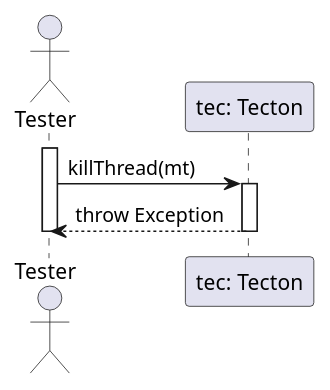
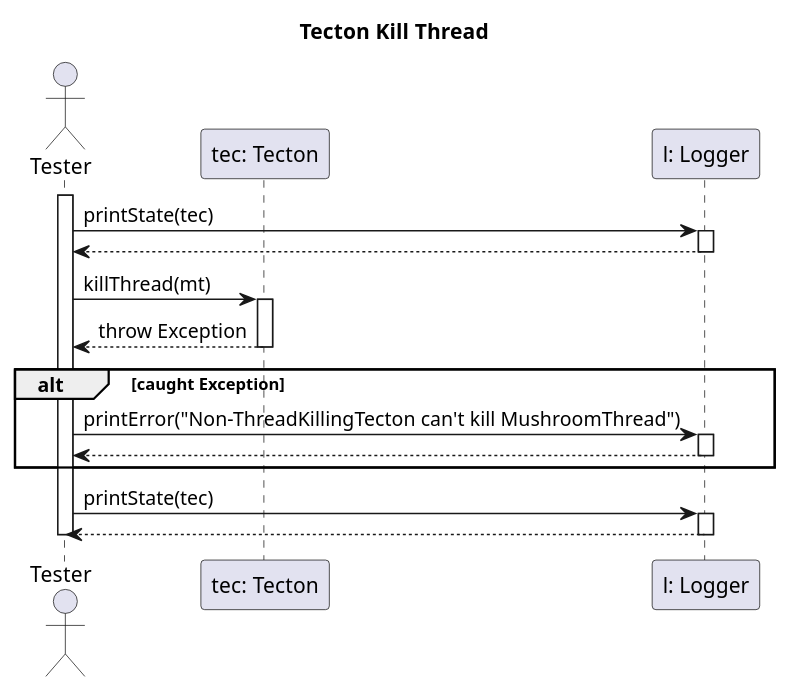
Before and after one commit to dzsem/projlab: the diagram in diagrams/test-sequence/tectonKillThread.puml, drawn with PlantUML.

```diff
--- a/diagrams/test-sequence/tectonKillThread.puml
+++ b/diagrams/test-sequence/tectonKillThread.puml
@@ -1,16 +1,36 @@
 @startuml tectonKillThreadTest
+
+title Tecton Kill Thread
 
 actor "Tester" as tst
 participant "tec: Tecton" as tec
+participant "l: Logger" as l
 
 activate tst
+
+tst -> l: printState(tec)
+activate l
+tst <-- l
+deactivate l
 
 tst -> tec: killThread(mt)
 activate tec
 
 tst <-- tec: throw Exception
 deactivate tec
 
+alt caught Exception
+        tst -> l: printError("Non-ThreadKillingTecton can't kill MushroomThread")
+        activate l
+        tst <-- l
+        deactivate l    
+    end
+
+tst -> l: printState(tec)
+activate l
+tst <-- l
+deactivate l
+
 deactivate tst
 
 @enduml
```
